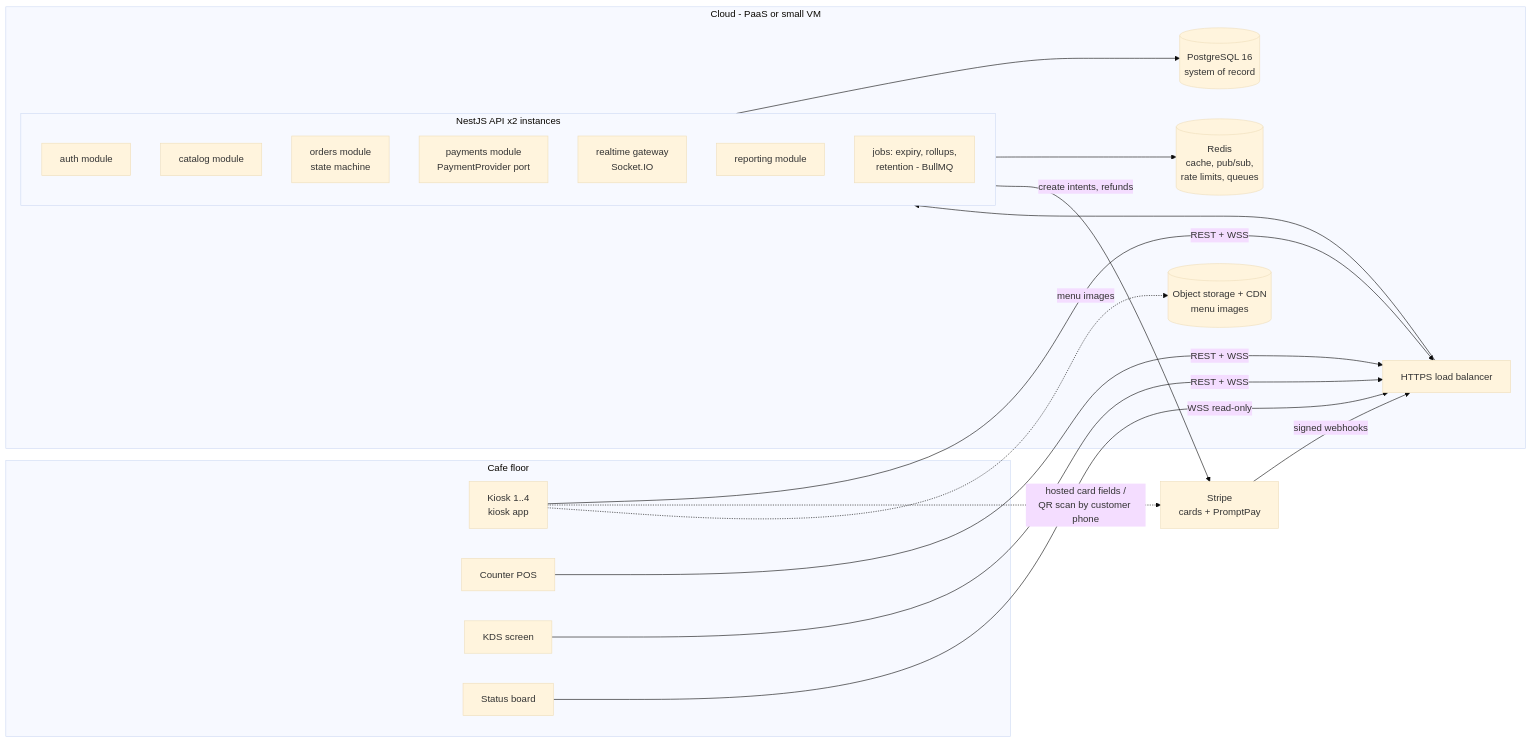
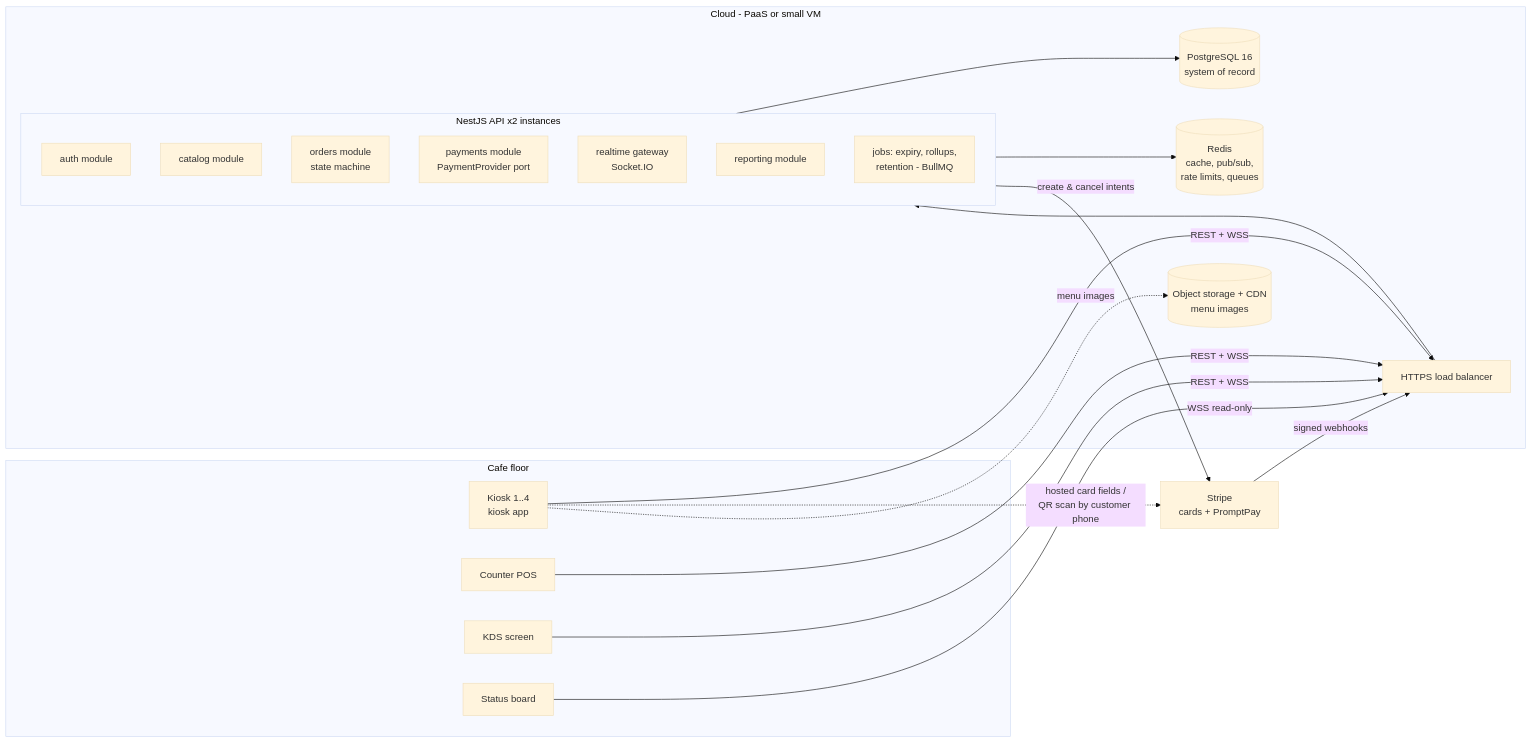
One commit to FreddieTheObserver/cafe-pos changed the third of 4 diagrams in DESIGN.md. Above: the diagram before and after it, drawn with Mermaid (base theme). The commit also changed other lines of this file, not shown here.

````diff
--- a/DESIGN.md
+++ b/DESIGN.md
@@ -1042,39 +1066,39 @@
 ```mermaid
 flowchart LR
     subgraph cafe[Cafe floor]
         K1[Kiosk 1..4<br/>kiosk app]
         POS[Counter POS]
         KDS[KDS screen]
         BOARD[Status board]
     end
 
     subgraph cloud[Cloud - PaaS or small VM]
         LB[HTTPS load balancer]
         subgraph api[NestJS API x2 instances]
             AUTHM[auth module]
             CAT[catalog module]
             ORD[orders module<br/>state machine]
             PAY[payments module<br/>PaymentProvider port]
             KDSM[realtime gateway<br/>Socket.IO]
             REP[reporting module]
             JOBS["jobs: expiry, rollups,<br/>retention - BullMQ"]
         end
         PG[(PostgreSQL 16<br/>system of record)]
         RD[(Redis<br/>cache, pub/sub,<br/>rate limits, queues)]
         OBJ[(Object storage + CDN<br/>menu images)]
     end
 
     STRIPE[Stripe<br/>cards + PromptPay]
 
     K1 -->|REST + WSS| LB
     POS -->|REST + WSS| LB
     KDS -->|REST + WSS| LB
     BOARD -->|WSS read-only| LB
     LB --> api
     api --> PG
     api --> RD
-    api -->|create intents, refunds| STRIPE
+    api -->|create & cancel intents| STRIPE
     STRIPE -->|signed webhooks| LB
     K1 -.->|hosted card fields /<br/>QR scan by customer phone| STRIPE
     K1 -.->|menu images| OBJ
 ```
````
